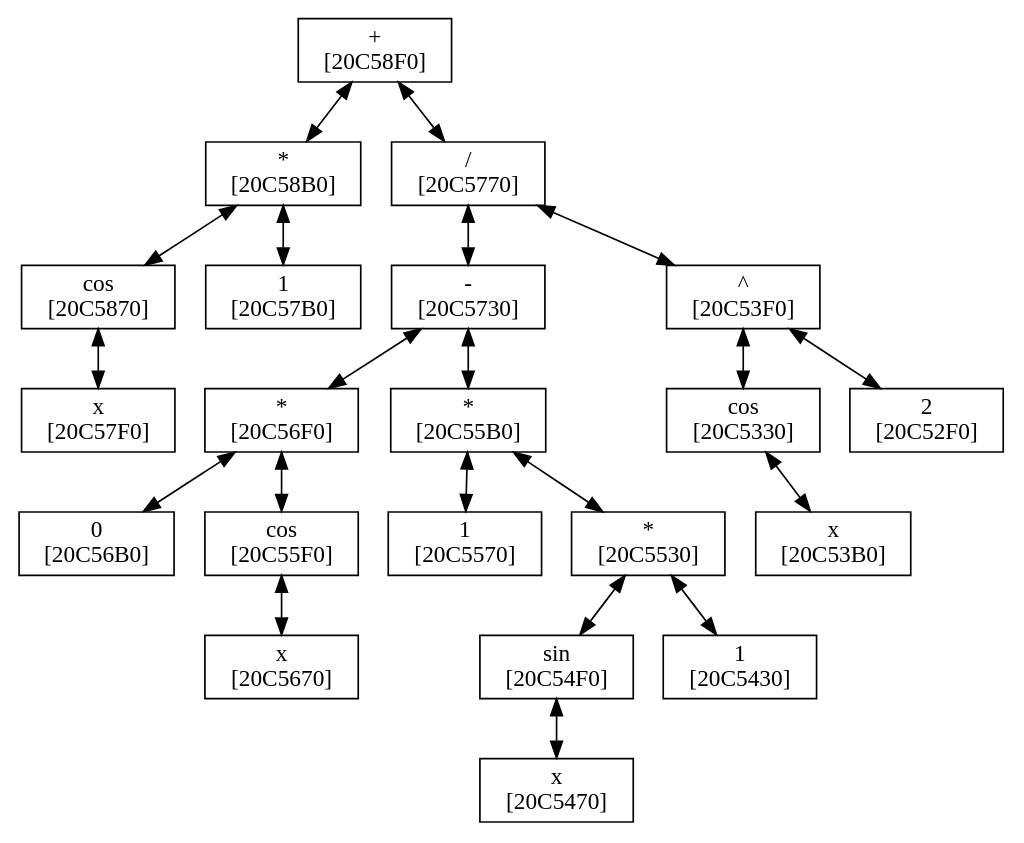
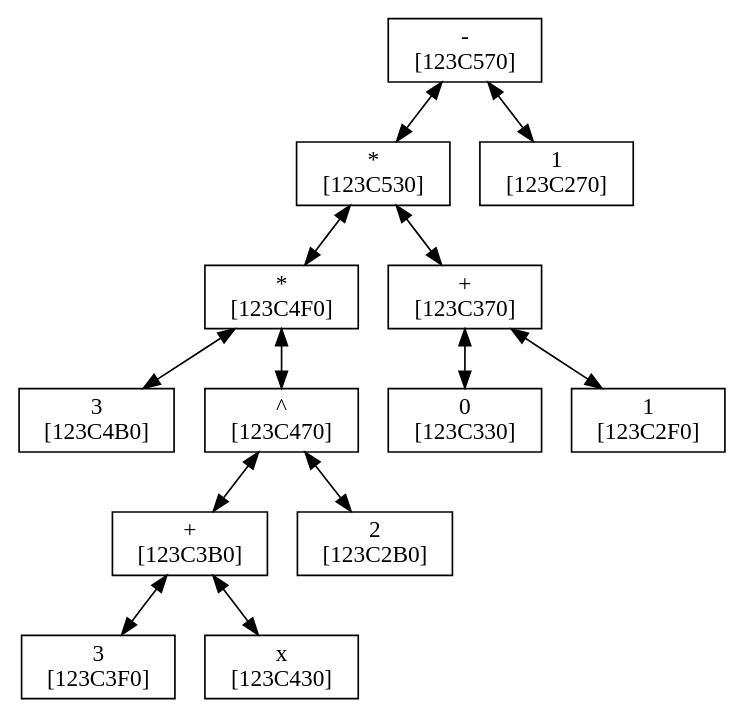
The diagram in Differ/Debug/graph_tree1.gv (isgerasin/1sem), drawn with Graphviz before and after one commit. The commit also changed 258 other files, not shown here.

```diff
--- a/Differ/Debug/graph_tree1.gv
+++ b/Differ/Debug/graph_tree1.gv
@@ -1,64 +1,40 @@
 digraph Tree
 {
 	node[shape = polygon]; edge[dir=both];
+	"-
+[123C570]"->"*
+[123C530]"
+	"*
+[123C530]"->"*
+[123C4F0]"
+	"*
+[123C4F0]"->"3
+[123C4B0]"
+	"*
+[123C4F0]"->"^
+[123C470]"
+	"^
+[123C470]"->"+
+[123C3B0]"
 	"+
-[20C58F0]"->"*
-[20C58B0]"
+[123C3B0]"->"3
+[123C3F0]"
+	"+
+[123C3B0]"->"x
+[123C430]"
+	"^
+[123C470]"->"2
+[123C2B0]"
 	"*
-[20C58B0]"->"cos
-[20C5870]"
-	"cos
-[20C5870]"->"x
-[20C57F0]"
-	"*
-[20C58B0]"->"1
-[20C57B0]"
+[123C530]"->"+
+[123C370]"
 	"+
-[20C58F0]"->"/
-[20C5770]"
-	"/
-[20C5770]"->"-
-[20C5730]"
+[123C370]"->"0
+[123C330]"
+	"+
+[123C370]"->"1
+[123C2F0]"
 	"-
-[20C5730]"->"*
-[20C56F0]"
-	"*
-[20C56F0]"->"0
-[20C56B0]"
-	"*
-[20C56F0]"->"cos
-[20C55F0]"
-	"cos
-[20C55F0]"->"x
-[20C5670]"
-	"-
-[20C5730]"->"*
-[20C55B0]"
-	"*
-[20C55B0]"->"1
-[20C5570]"
-	"*
-[20C55B0]"->"*
-[20C5530]"
-	"*
-[20C5530]"->"sin
-[20C54F0]"
-	"sin
-[20C54F0]"->"x
-[20C5470]"
-	"*
-[20C5530]"->"1
-[20C5430]"
-	"/
-[20C5770]"->"^
-[20C53F0]"
-	"^
-[20C53F0]"->"cos
-[20C5330]"
-	"cos
-[20C5330]"->"x
-[20C53B0]"
-	"^
-[20C53F0]"->"2
-[20C52F0]"
+[123C570]"->"1
+[123C270]"
 }
```
